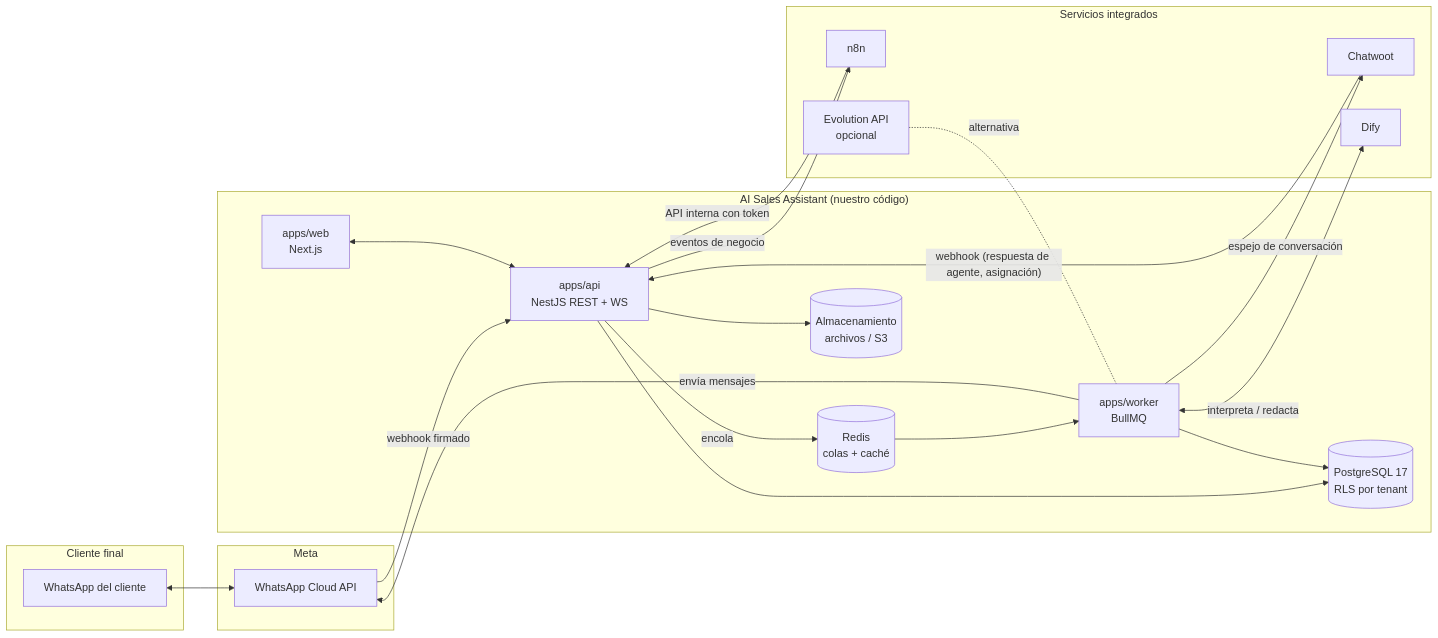
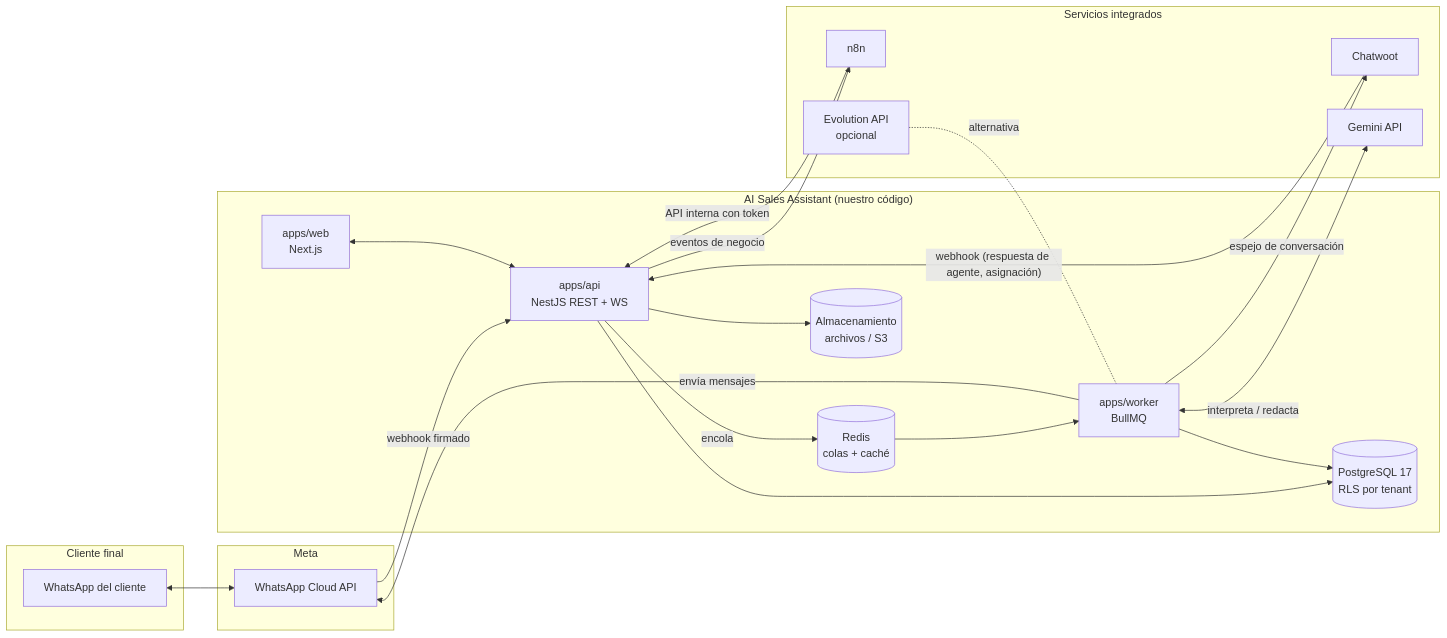
Before and after one commit to ERICK-SILVA-AYQUIPA/AUTOMATION: the first of 4 diagrams in docs/architecture/ARCHITECTURE.md, drawn with Mermaid. The commit also changed other lines of this file and 24 other files, not shown here.

````diff
--- a/docs/architecture/ARCHITECTURE.md
+++ b/docs/architecture/ARCHITECTURE.md
@@ -27,39 +27,39 @@
 ```mermaid
 flowchart LR
   subgraph Cliente final
     WA[WhatsApp del cliente]
   end
   subgraph Meta
     CAPI[WhatsApp Cloud API]
   end
   subgraph "AI Sales Assistant (nuestro código)"
     WEB[apps/web<br/>Next.js]
     API[apps/api<br/>NestJS REST + WS]
     WK[apps/worker<br/>BullMQ]
     PG[(PostgreSQL 17<br/>RLS por tenant)]
     RD[(Redis<br/>colas + caché)]
     FS[(Almacenamiento<br/>archivos / S3)]
   end
   subgraph "Servicios integrados"
     CW[Chatwoot]
-    DF[Dify]
+    DF[Gemini API]
     N8N[n8n]
     EVO[Evolution API<br/>opcional]
   end
 
   WA <--> CAPI
   CAPI -- webhook firmado --> API
   API -- encola --> RD
   RD --> WK
   WK -- envía mensajes --> CAPI
   EVO -. alternativa .- WK
   WK <-- interpreta / redacta --> DF
   WK -- espejo de conversación --> CW
   CW -- webhook (respuesta de agente, asignación) --> API
   API -- eventos de negocio --> N8N
   N8N -- API interna con token --> API
   WEB <--> API
   API --> PG
   WK --> PG
   API --> FS
 ```
````
